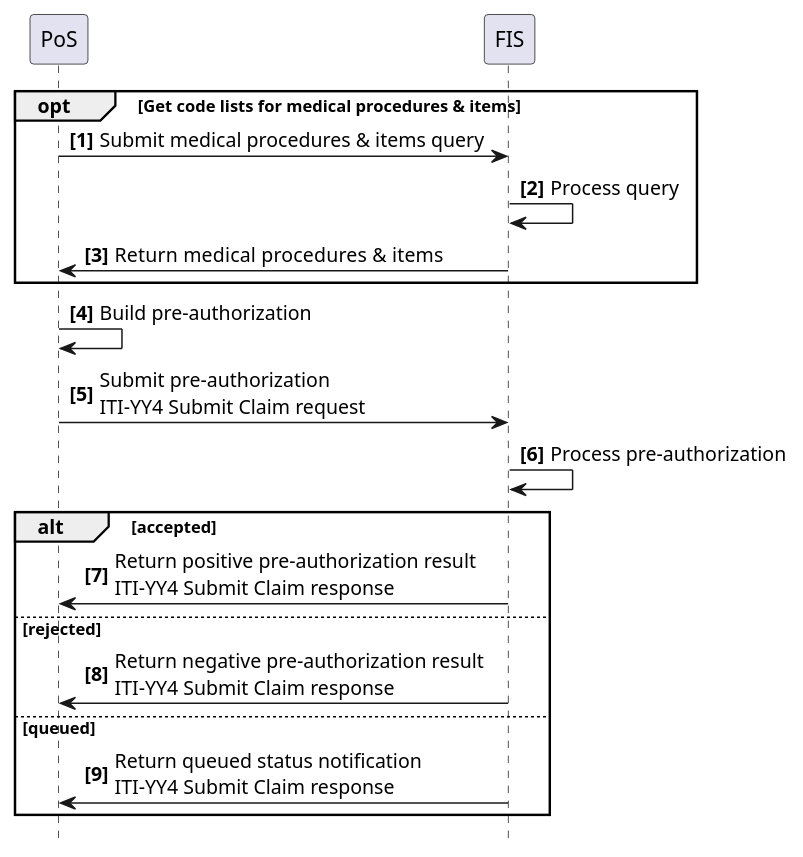
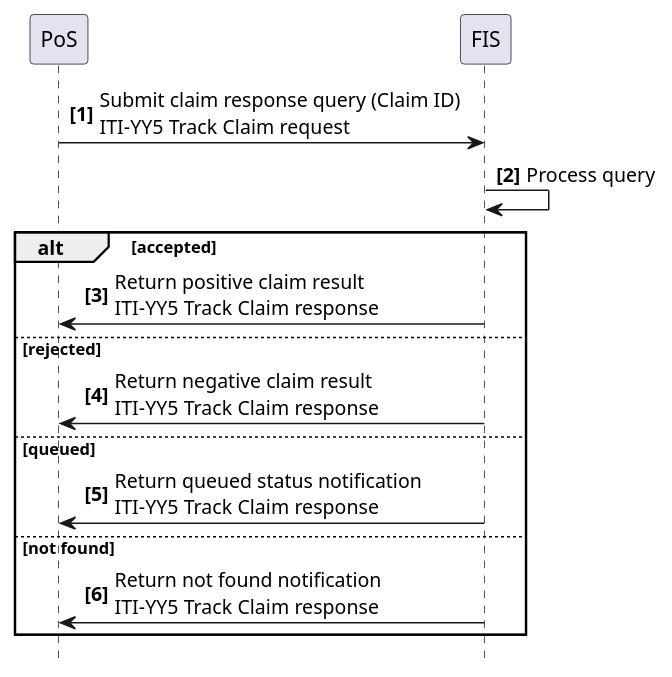
Before and after one commit to IHE/ITI.Finance: the diagram in input/images-source/usecase6-processflow.plantuml, drawn with PlantUML. The commit also changed 8 other files, not shown here.

```diff
--- a/input/images-source/usecase6-processflow.plantuml
+++ b/input/images-source/usecase6-processflow.plantuml
@@ -1,29 +1,22 @@
 @startuml
 skinparam svgDimensionStyle false
 hide footbox
 autonumber "<b>[0]"
 
 participant PoS
 participant FIS
 
-
-opt Get code lists for medical procedures & items
-	PoS -> FIS: Submit medical procedures & items query
-	FIS -> FIS: Process query
-	FIS -> PoS: Return  medical procedures & items
-end opt
- 
-
-PoS -> PoS: Build pre-authorization
-PoS -> FIS: Submit pre-authorization\nITI-YY4 Submit Claim request
-FIS -> FIS: Process pre-authorization
+PoS -> FIS: Submit claim response query (Claim ID)\nITI-YY5 Track Claim request
+FIS -> FIS: Process query
 
 alt accepted
-	FIS -> PoS: Return positive pre-authorization result\nITI-YY4 Submit Claim response
+	FIS -> PoS: Return positive claim result\nITI-YY5 Track Claim response
 else rejected
-	FIS -> PoS: Return negative pre-authorization result\nITI-YY4 Submit Claim response
+	FIS -> PoS: Return negative claim result\nITI-YY5 Track Claim response
 else queued
-	FIS -> PoS: Return queued status notification\nITI-YY4 Submit Claim response
+	FIS -> PoS: Return queued status notification\nITI-YY5 Track Claim response
+else not found
+	FIS -> PoS: Return not found notification\nITI-YY5 Track Claim response
 end
 
 @enduml
```
